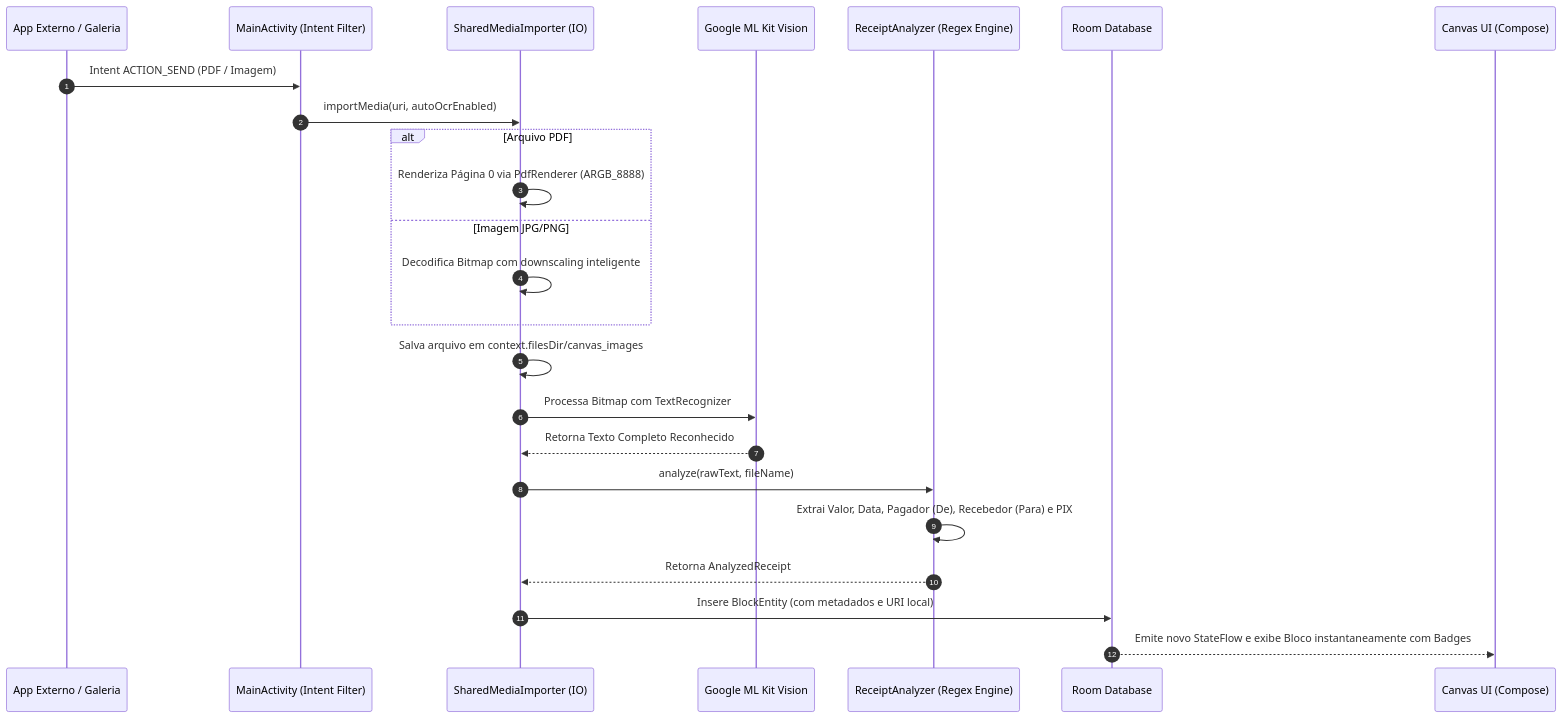
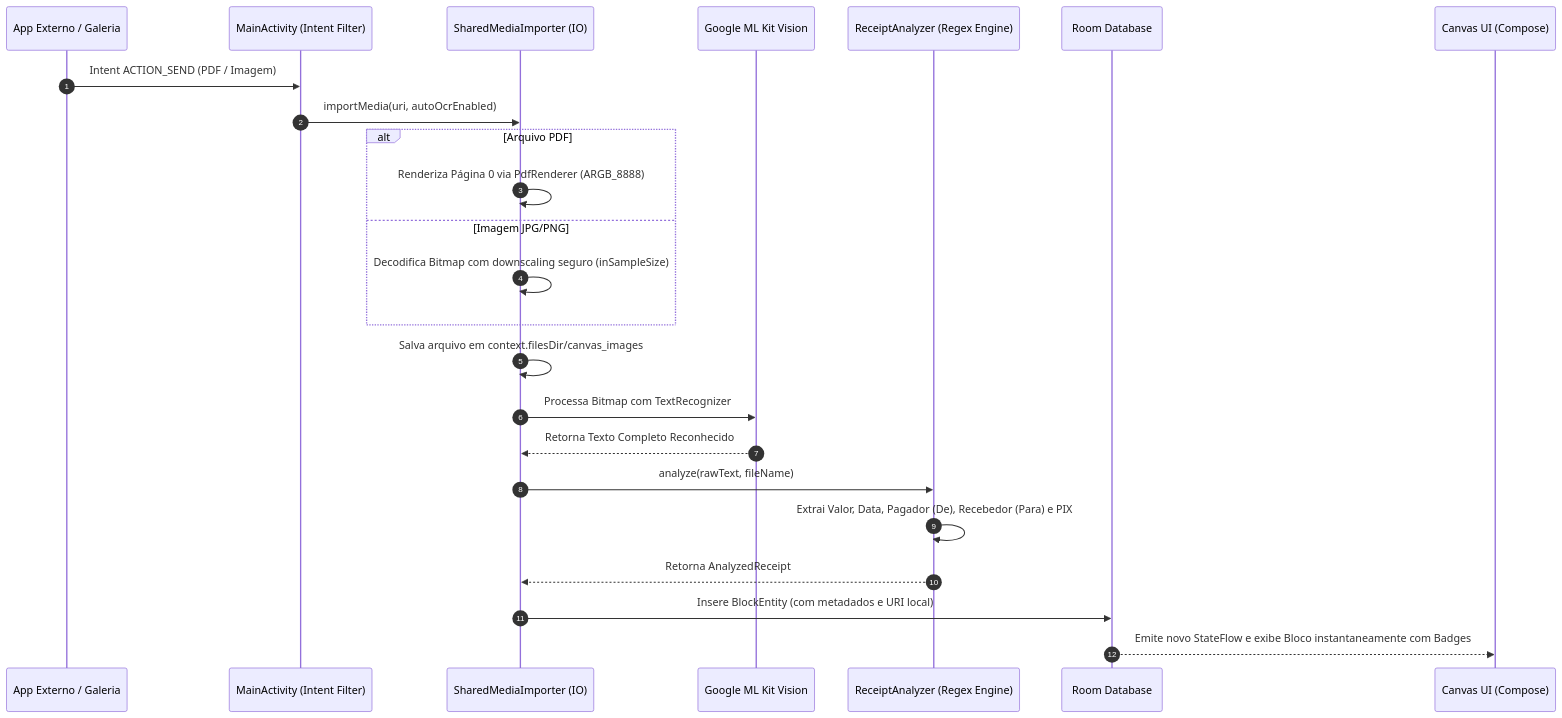
Before and after one commit to SollonSoares/canvas-studio-compose: the second of 3 diagrams in README.md, drawn with Mermaid. The commit also changed other lines of this file, not shown here.

````diff
--- a/README.md
+++ b/README.md
@@ -149,27 +172,27 @@
 ```mermaid
 sequenceDiagram
     autonumber
     participant AppExt as App Externo / Galeria
     participant MainAct as MainActivity (Intent Filter)
     participant Importer as SharedMediaImporter (IO)
     participant MLKit as Google ML Kit Vision
     participant Analyzer as ReceiptAnalyzer (Regex Engine)
     participant RoomDB as Room Database
     participant Canvas as Canvas UI (Compose)
 
     AppExt->>MainAct: Intent ACTION_SEND (PDF / Imagem)
     MainAct->>Importer: importMedia(uri, autoOcrEnabled)
     alt Arquivo PDF
         Importer->>Importer: Renderiza Página 0 via PdfRenderer (ARGB_8888)
     else Imagem JPG/PNG
-        Importer->>Importer: Decodifica Bitmap com downscaling inteligente
+        Importer->>Importer: Decodifica Bitmap com downscaling seguro (inSampleSize)
     end
     Importer->>Importer: Salva arquivo em context.filesDir/canvas_images
     Importer->>MLKit: Processa Bitmap com TextRecognizer
     MLKit-->>Importer: Retorna Texto Completo Reconhecido
     Importer->>Analyzer: analyze(rawText, fileName)
     Analyzer->>Analyzer: Extrai Valor, Data, Pagador (De), Recebedor (Para) e PIX
     Analyzer-->>Importer: Retorna AnalyzedReceipt
     Importer->>RoomDB: Insere BlockEntity (com metadados e URI local)
     RoomDB-->>Canvas: Emite novo StateFlow e exibe Bloco instantaneamente com Badges
 ```
````
